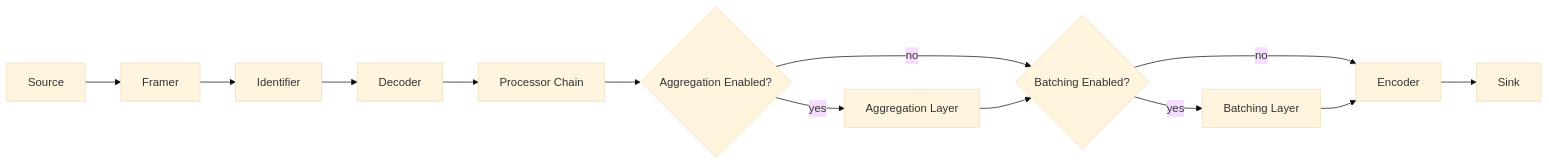
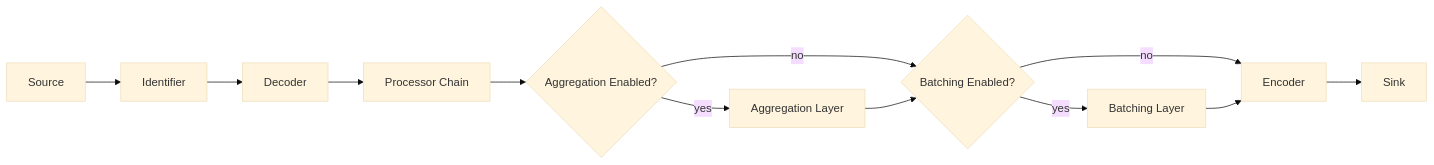
The first of 6 diagrams in docs/reflow-architecture.md (netsampler/goflow2), drawn with Mermaid (base theme) before and after one commit. The commit also changed other lines of this file, not shown here.

````diff
--- a/docs/reflow-architecture.md
+++ b/docs/reflow-architecture.md
@@ -245,15 +231,14 @@
 ```mermaid
 flowchart LR
-    S[Source] --> F[Framer]
-    F --> I[Identifier]
+    S[Source] --> I[Identifier]
     I --> D[Decoder]
     D --> P[Processor Chain]
     P --> A{Aggregation Enabled?}
     A -- no --> B{Batching Enabled?}
     A -- yes --> G[Aggregation Layer]
     G --> B
     B -- no --> E[Encoder]
     B -- yes --> H[Batching Layer]
     H --> E
     E --> K[Sink]
 ```
````
